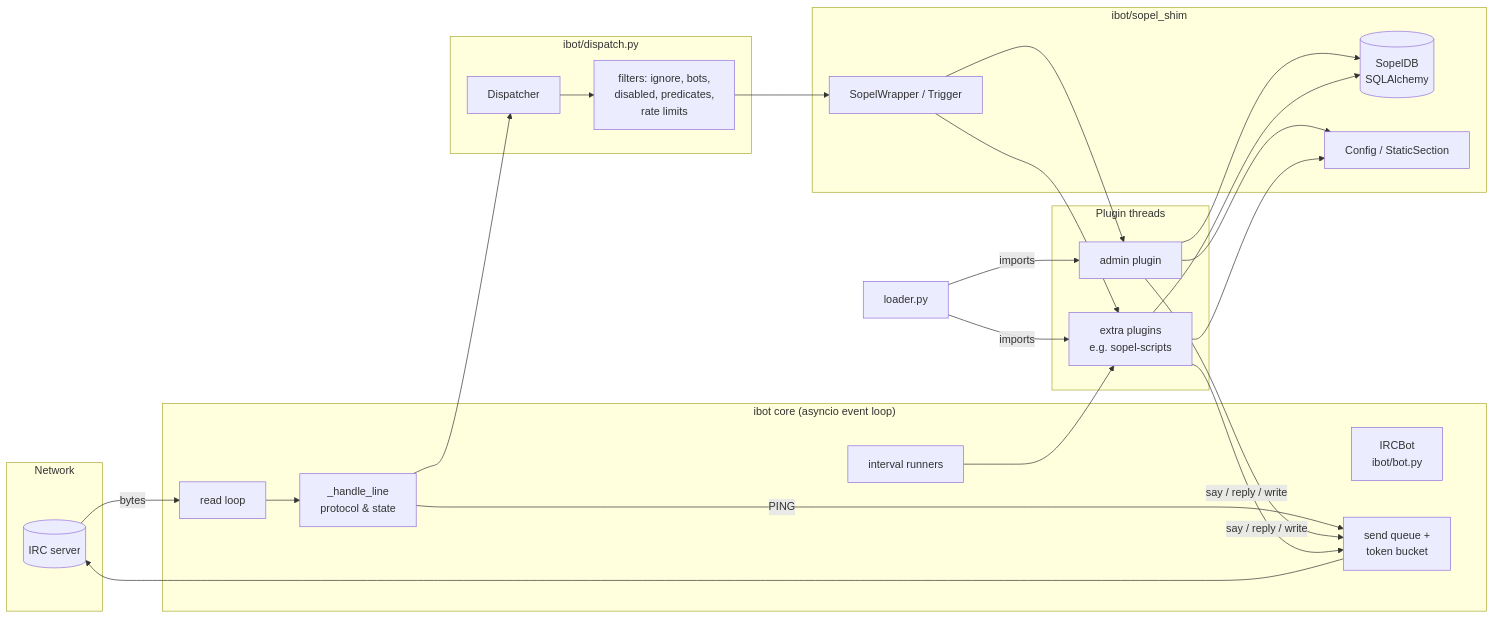
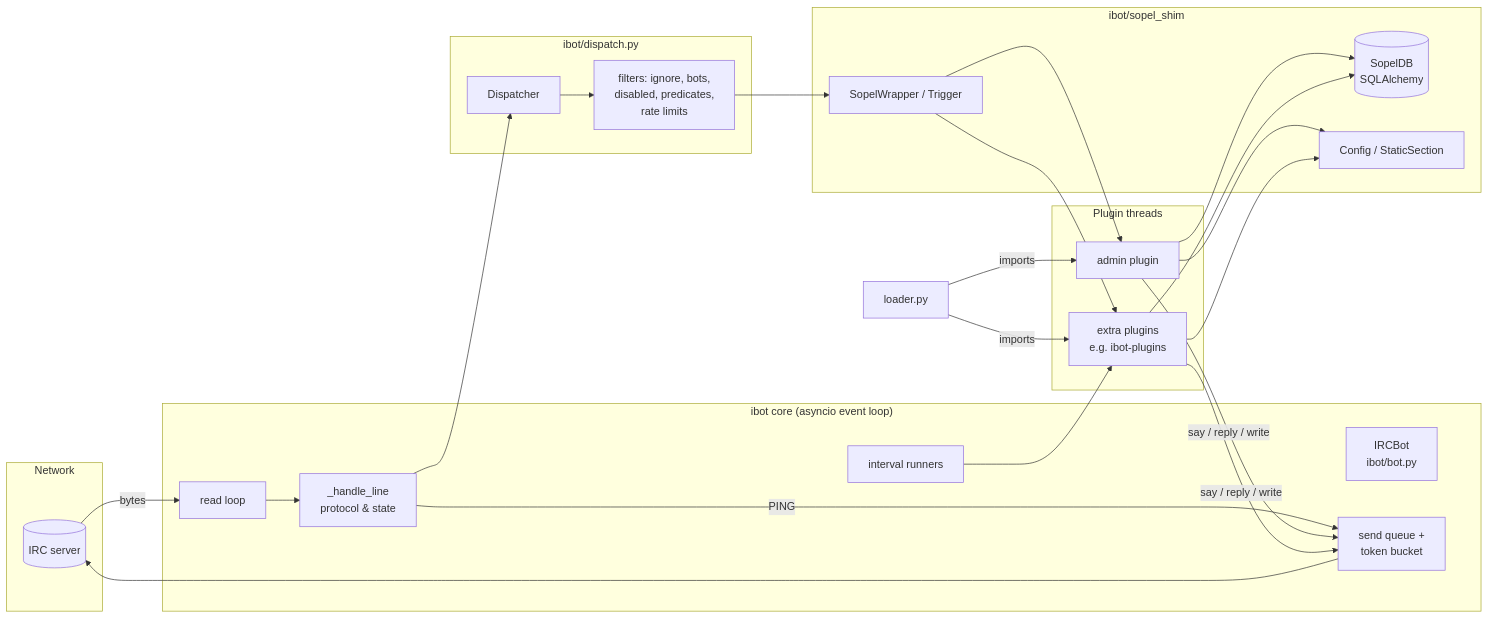
Before and after one commit to lord3nd3r/ibot: the first of 2 diagrams in docs/architecture/overview.md, drawn with Mermaid. The commit also changed 11 other files, not shown here.

Commit message:
Docs: repo renamed to ibot-plugins

````diff
--- a/docs/architecture/overview.md
+++ b/docs/architecture/overview.md
@@ -36,39 +36,39 @@
 ```mermaid
 flowchart LR
     subgraph Network
         S[(IRC server)]
     end
 
     subgraph Core["ibot core (asyncio event loop)"]
         C[IRCBot<br/>ibot/bot.py]
         R[read loop]
         Q[send queue +<br/>token bucket]
         H[_handle_line<br/>protocol &amp; state]
         I[interval runners]
     end
 
     subgraph Dispatch["ibot/dispatch.py"]
         D[Dispatcher]
         F[filters: ignore, bots,<br/>disabled, predicates,<br/>rate limits]
     end
 
     subgraph Plugins["Plugin threads"]
         P1[admin plugin]
-        P2[extra plugins<br/>e.g. sopel-scripts]
+        P2[extra plugins<br/>e.g. ibot-plugins]
     end
 
     subgraph Shim["ibot/sopel_shim"]
         W[SopelWrapper / Trigger]
         DB[(SopelDB<br/>SQLAlchemy)]
         CFG[Config / StaticSection]
     end
 
     L[loader.py] -- imports --> P1 & P2
     S -- bytes --> R --> H
     H -- PING --> Q
     H --> D --> F --> W --> P1 & P2
     P1 & P2 -- say / reply / write --> Q --> S
     I --> P2
     P1 & P2 --> DB
     P1 & P2 --> CFG
 ```
````
